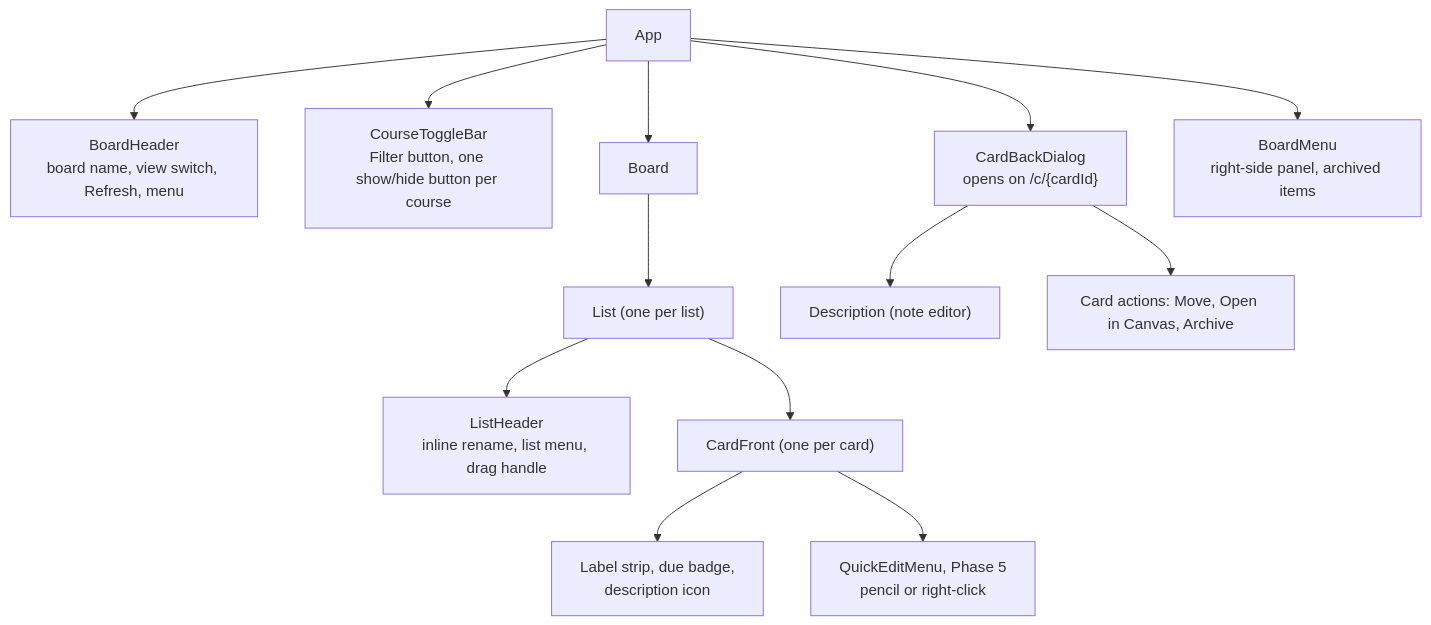
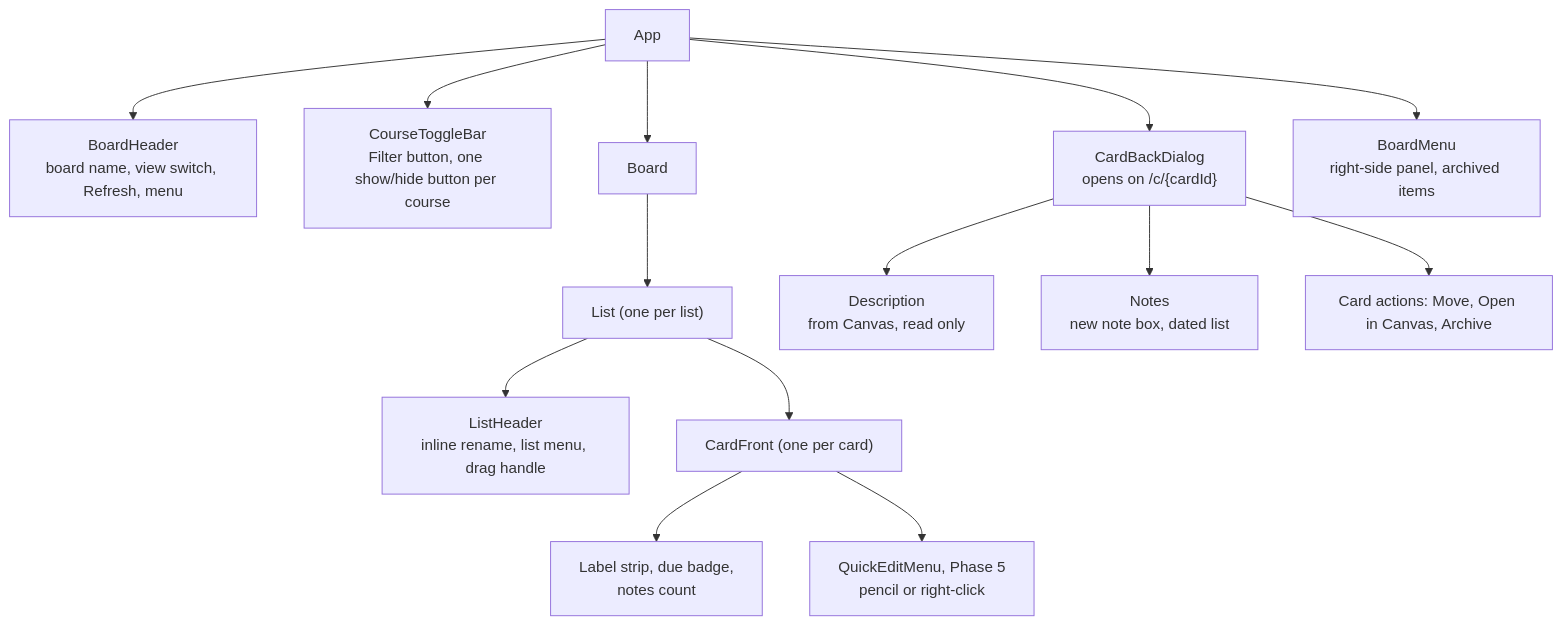
The fifth of 5 diagrams in docs/canvas-portal/03-design.md (bbranton/TestProj), drawn with Mermaid before and after one commit. The commit also changed other lines of this file and 4 other files, not shown here.

First line of the commit message:
Make notes dated comment-style entries, separate from the Canvas description

````diff
--- a/docs/canvas-portal/03-design.md
+++ b/docs/canvas-portal/03-design.md
@@ -393,15 +402,16 @@
 ```mermaid
 flowchart TD
     App --> Header["BoardHeader<br/>board name, view switch, Refresh, menu"]
     App --> Toggles["CourseToggleBar<br/>Filter button, one show/hide button per course"]
     App --> Board
     App --> CardBack["CardBackDialog<br/>opens on /c/{cardId}"]
     App --> BoardMenu["BoardMenu<br/>right-side panel, archived items"]
     Board --> List["List (one per list)"]
     List --> ListHeader["ListHeader<br/>inline rename, list menu, drag handle"]
     List --> Card["CardFront (one per card)"]
-    Card --> Badges["Label strip, due badge,<br/>description icon"]
+    Card --> Badges["Label strip, due badge,<br/>notes count"]
     Card --> QuickEdit["QuickEditMenu, Phase 5<br/>pencil or right-click"]
-    CardBack --> Desc["Description (note editor)"]
+    CardBack --> Desc["Description<br/>from Canvas, read only"]
+    CardBack --> Notes["Notes<br/>new note box, dated list"]
     CardBack --> Sidebar["Card actions: Move, Open in Canvas, Archive"]
 ```
````
